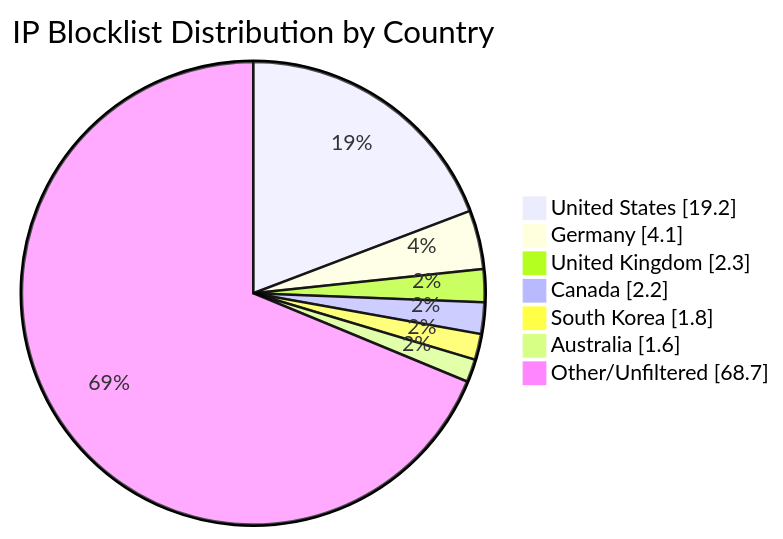
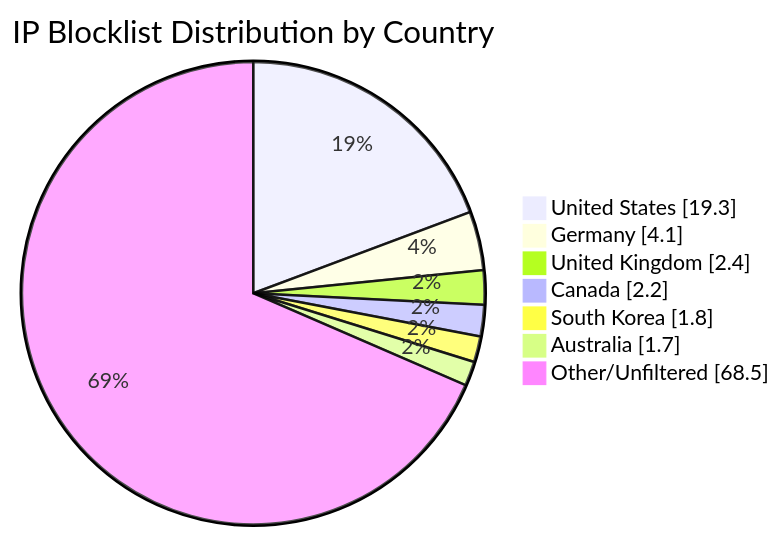
The diagram in README.md (MarcusHoltz/ipblocklist-geofiltered-aggregator), drawn with Mermaid before and after one commit. The commit also changed other lines of this file and 9 other files, not shown here.

````diff
--- a/README.md
+++ b/README.md
@@ -34,10 +34,10 @@
 ```mermaid
 pie showData title IP Blocklist Distribution by Country
-"United States" : 19.2
+"United States" : 19.3
 "Germany" : 4.1
-"United Kingdom" : 2.3
+"United Kingdom" : 2.4
 "Canada" : 2.2
 "South Korea" : 1.8
-"Australia" : 1.6
-"Other/Unfiltered" : 68.7
+"Australia" : 1.7
+"Other/Unfiltered" : 68.5
 ```
````
